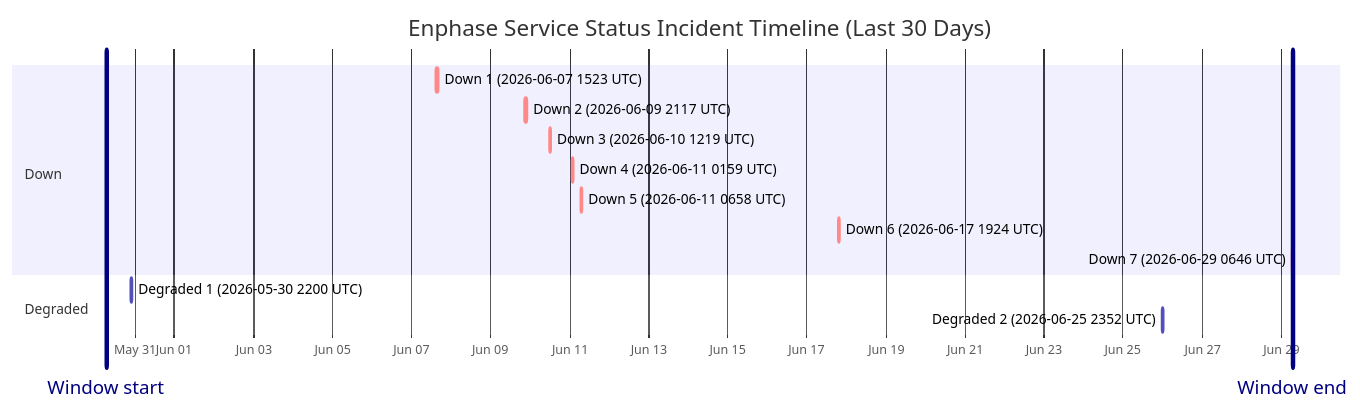
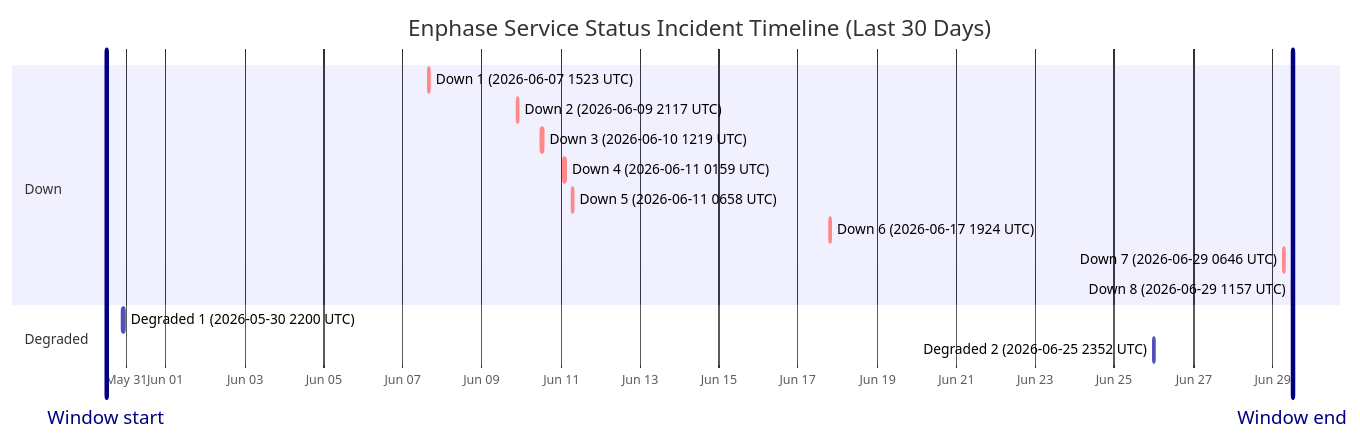
One commit to barneyonline/ha-enphase-energy changed the diagram in wiki/Service-Status-History.md. Above: the diagram before and after it, drawn with Mermaid. The commit also changed other lines of this file and 3 other files, not shown here.

````diff
--- a/wiki/Service-Status-History.md
+++ b/wiki/Service-Status-History.md
@@ -14,19 +14,20 @@
 ```mermaid
 gantt
     title Enphase Service Status Incident Timeline (Last 30 Days)
     dateFormat  YYYY-MM-DDTHH:mm:ss
     axisFormat  %b %d
-    Window start :vert, window-start, 2026-05-30T06:46:18, 0ms
-    Window end :vert, window-end, 2026-06-29T06:46:18, 0ms
+    Window start :vert, window-start, 2026-05-30T11:57:36, 0ms
+    Window end :vert, window-end, 2026-06-29T11:57:36, 0ms
     section Down
     Down 1 (2026-06-07 1523 UTC) :crit, down-1, 2026-06-07T15:23:22, 87m
     Down 2 (2026-06-09 2117 UTC) :crit, down-2, 2026-06-09T21:17:17, 60m
     Down 3 (2026-06-10 1219 UTC) :crit, down-3, 2026-06-10T12:19:21, 60m
     Down 4 (2026-06-11 0159 UTC) :crit, down-4, 2026-06-11T01:59:36, 60m
     Down 5 (2026-06-11 0658 UTC) :crit, down-5, 2026-06-11T06:58:45, 60m
     Down 6 (2026-06-17 1924 UTC) :crit, down-6, 2026-06-17T19:24:51, 60m
     Down 7 (2026-06-29 0646 UTC) :crit, down-7, 2026-06-29T06:46:18, 60m
+    Down 8 (2026-06-29 1157 UTC) :crit, down-8, 2026-06-29T11:57:36, 60m
     section Degraded
     Degraded 1 (2026-05-30 2200 UTC) :active, degraded-1, 2026-05-30T22:00:37, 60m
     Degraded 2 (2026-06-25 2352 UTC) :active, degraded-2, 2026-06-25T23:52:01, 60m
 ```
````
